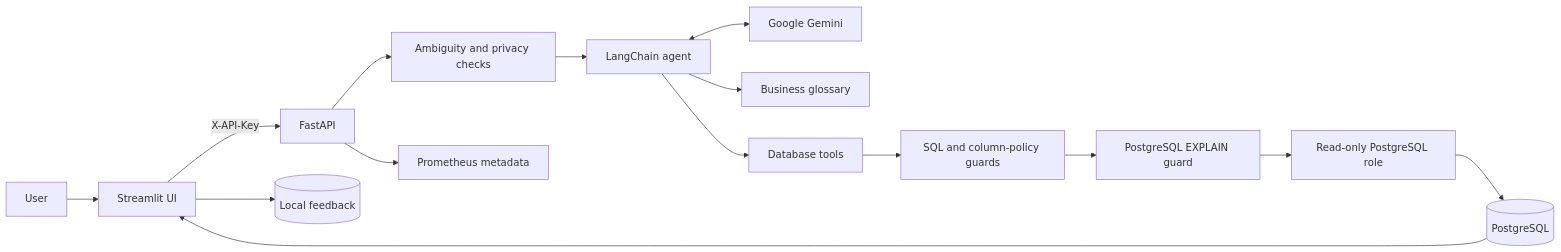
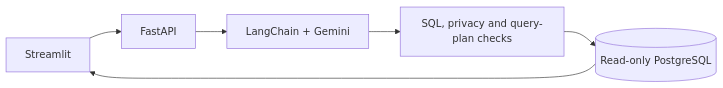
The diagram in README.md (idevelopAI/databridge-ai), drawn with Mermaid before and after one commit. The commit also changed other lines of this file and 6 other files, not shown here.

````diff
--- a/README.md
+++ b/README.md
@@ -37,17 +49,8 @@
 ```mermaid
 flowchart LR
-    U["User"] --> UI["Streamlit UI"]
-    UI -->|"X-API-Key"| API["FastAPI"]
-    API --> CLARIFY["Ambiguity and privacy checks"]
-    CLARIFY --> AGENT["LangChain agent"]
-    AGENT <--> MODEL["Google Gemini"]
-    AGENT --> GLOSSARY["Business glossary"]
-    AGENT --> TOOLS["Database tools"]
-    TOOLS --> GUARD["SQL and column-policy guards"]
-    GUARD --> PLAN["PostgreSQL EXPLAIN guard"]
-    PLAN --> ROLE["Read-only PostgreSQL role"]
-    ROLE --> DB[("PostgreSQL")]
+    UI["Streamlit"] --> API["FastAPI"]
+    API --> Agent["LangChain + Gemini"]
+    Agent --> Guards["SQL, privacy and query-plan checks"]
+    Guards --> DB[("Read-only PostgreSQL")]
     DB --> UI
-    API --> METRICS["Prometheus metadata"]
-    UI --> FEEDBACK[("Local feedback")]
 ```
````
